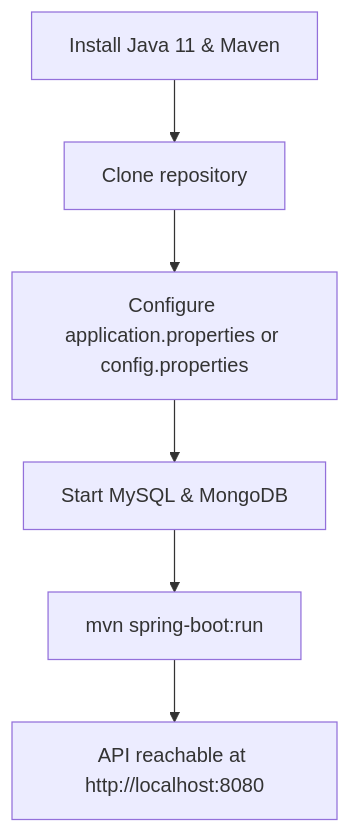
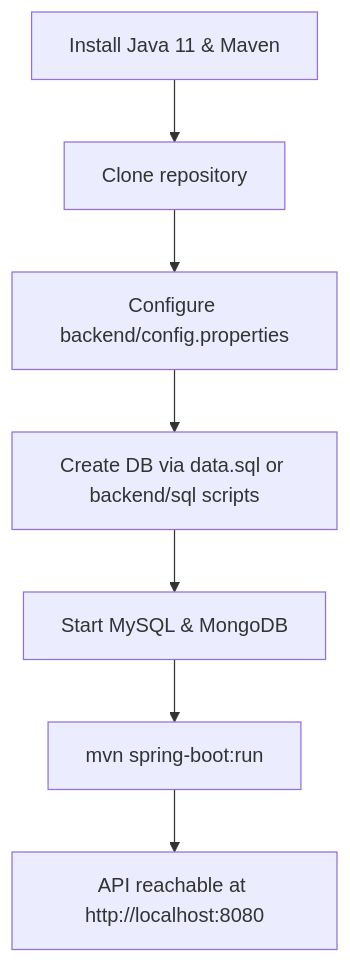
Before and after one commit to Ashh-arch38/employee-management-system: the fifth of 9 diagrams in README.md, drawn with Mermaid. The commit also changed other lines of this file and 29 other files, not shown here.

````diff
--- a/README.md
+++ b/README.md
@@ -463,8 +469,9 @@
 ```mermaid
 flowchart TB
     A[Install Java 11 & Maven] --> B[Clone repository]
-    B --> C[Configure application.properties or config.properties]
-    C --> D[Start MySQL & MongoDB]
-    D --> E[mvn spring-boot:run]
-    E --> F[API reachable at http://localhost:8080]
+    B --> C[Configure backend/config.properties]
+    C --> D[Create DB via data.sql or backend/sql scripts]
+    D --> E[Start MySQL & MongoDB]
+    E --> F[mvn spring-boot:run]
+    F --> G[API reachable at http://localhost:8080]
 ```
````
